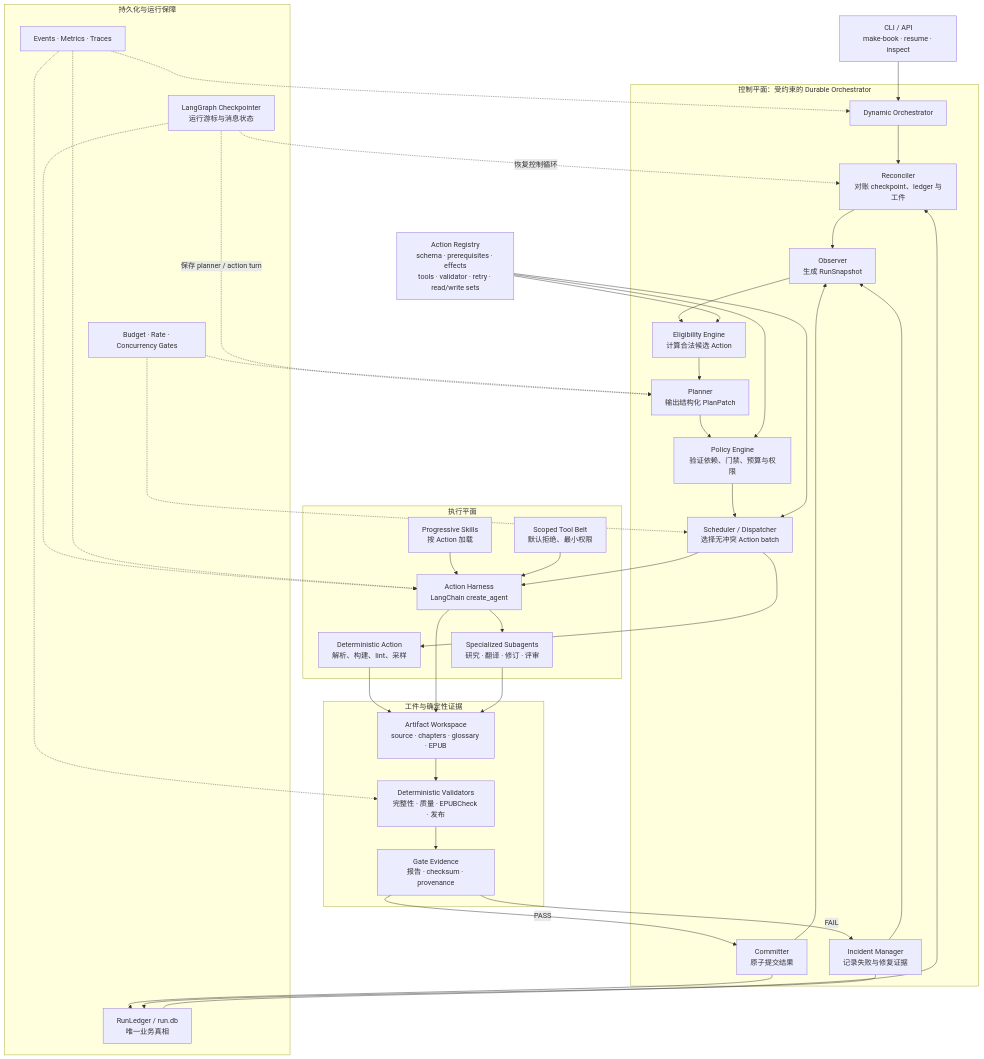
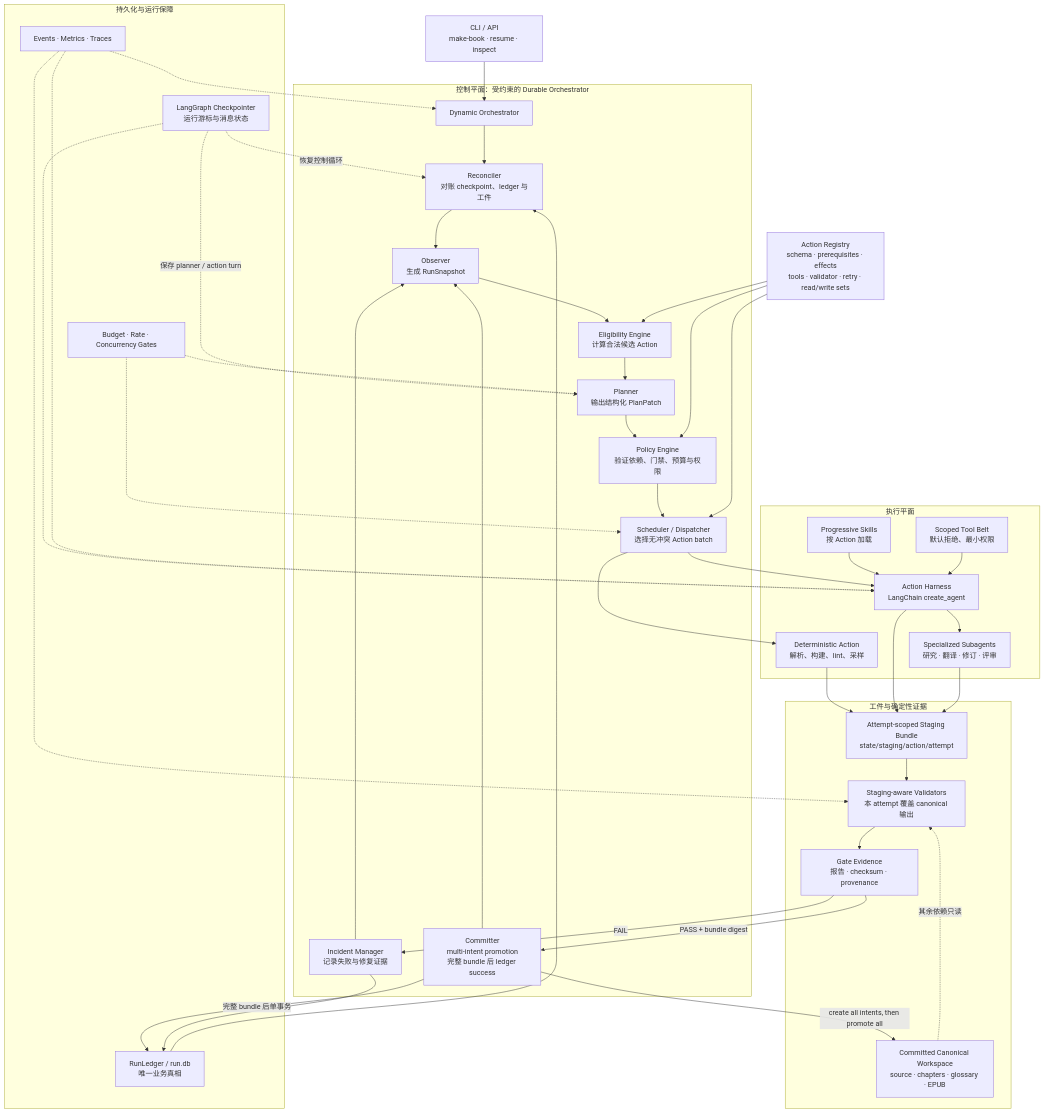
The first of 3 diagrams in docs/design-docs/dynamic-agent-orchestration.md (Valkure-Yip/ai-book-interpreter), drawn with Mermaid before and after one commit. The commit also changed other lines of this file and 1 other file, not shown here.

Commit message:
docs: amend artifact bundle and probe protocol

````diff
--- a/docs/design-docs/dynamic-agent-orchestration.md
+++ b/docs/design-docs/dynamic-agent-orchestration.md
@@ -110,73 +116,76 @@
 ```mermaid
 flowchart TB
     ENTRY["CLI / API<br/>make-book · resume · inspect"] --> ORCH
 
     subgraph CONTROL["控制平面：受约束的 Durable Orchestrator"]
         ORCH["Dynamic Orchestrator"]
         RECON["Reconciler<br/>对账 checkpoint、ledger 与工件"]
         OBS["Observer<br/>生成 RunSnapshot"]
         ELIG["Eligibility Engine<br/>计算合法候选 Action"]
         PLAN["Planner<br/>输出结构化 PlanPatch"]
         POLICY["Policy Engine<br/>验证依赖、门禁、预算与权限"]
         SCHED["Scheduler / Dispatcher<br/>选择无冲突 Action batch"]
-        COMMIT["Committer<br/>原子提交结果"]
+        COMMIT["Committer<br/>multi-intent promotion<br/>完整 bundle 后 ledger success"]
         INCIDENT["Incident Manager<br/>记录失败与修复证据"]
 
         ORCH --> RECON --> OBS --> ELIG --> PLAN --> POLICY --> SCHED
         COMMIT --> OBS
         INCIDENT --> OBS
     end
 
     REGISTRY["Action Registry<br/>schema · prerequisites · effects<br/>tools · validator · retry · read/write sets"]
     REGISTRY --> ELIG
     REGISTRY --> POLICY
     REGISTRY --> SCHED
 
     subgraph EXEC["执行平面"]
         DET["Deterministic Action<br/>解析、构建、lint、采样"]
         HARNESS["Action Harness<br/>LangChain create_agent"]
         SKILLS["Progressive Skills<br/>按 Action 加载"]
         TOOLS["Scoped Tool Belt<br/>默认拒绝、最小权限"]
         SUB["Specialized Subagents<br/>研究 · 翻译 · 修订 · 评审"]
 
         SCHED --> DET
         SCHED --> HARNESS
         SKILLS --> HARNESS
         TOOLS --> HARNESS
         HARNESS --> SUB
     end
 
     subgraph EVIDENCE["工件与确定性证据"]
-        ART["Artifact Workspace<br/>source · chapters · glossary · EPUB"]
-        VALID["Deterministic Validators<br/>完整性 · 质量 · EPUBCheck · 发布"]
+        STAGING["Attempt-scoped Staging Bundle<br/>state/staging/action/attempt"]
+        ART["Committed Canonical Workspace<br/>source · chapters · glossary · EPUB"]
+        VALID["Staging-aware Validators<br/>本 attempt 覆盖 canonical 输出"]
         GATE["Gate Evidence<br/>报告 · checksum · provenance"]
 
-        DET --> ART
-        HARNESS --> ART
-        SUB --> ART
-        ART --> VALID
+        DET --> STAGING
+        HARNESS --> STAGING
+        SUB --> STAGING
+        STAGING --> VALID
+        ART -. "其余依赖只读" .-> VALID
         VALID --> GATE
     end
 
-    GATE -- "PASS" --> COMMIT
+    GATE -- "PASS + bundle digest" --> COMMIT
     GATE -- "FAIL" --> INCIDENT
+    COMMIT -- "create all intents, then promote all" --> ART
 
     subgraph DURABLE["持久化与运行保障"]
         LEDGER["RunLedger / run.db<br/>唯一业务真相"]
         CHECKPOINT["LangGraph Checkpointer<br/>运行游标与消息状态"]
         EVENTS["Events · Metrics · Traces"]
         BUDGET["Budget · Rate · Concurrency Gates"]
     end
 
-    COMMIT --> LEDGER
+    COMMIT -- "完整 bundle 后单事务" --> LEDGER
     INCIDENT --> LEDGER
     LEDGER --> RECON
     CHECKPOINT -. "恢复控制循环" .-> RECON
     CHECKPOINT -. "保存 planner / action turn" .-> PLAN
     CHECKPOINT -.-> HARNESS
     BUDGET -.-> PLAN
     BUDGET -.-> SCHED
     EVENTS -.-> ORCH
     EVENTS -.-> HARNESS
     EVENTS -.-> VALID
 ```
````
